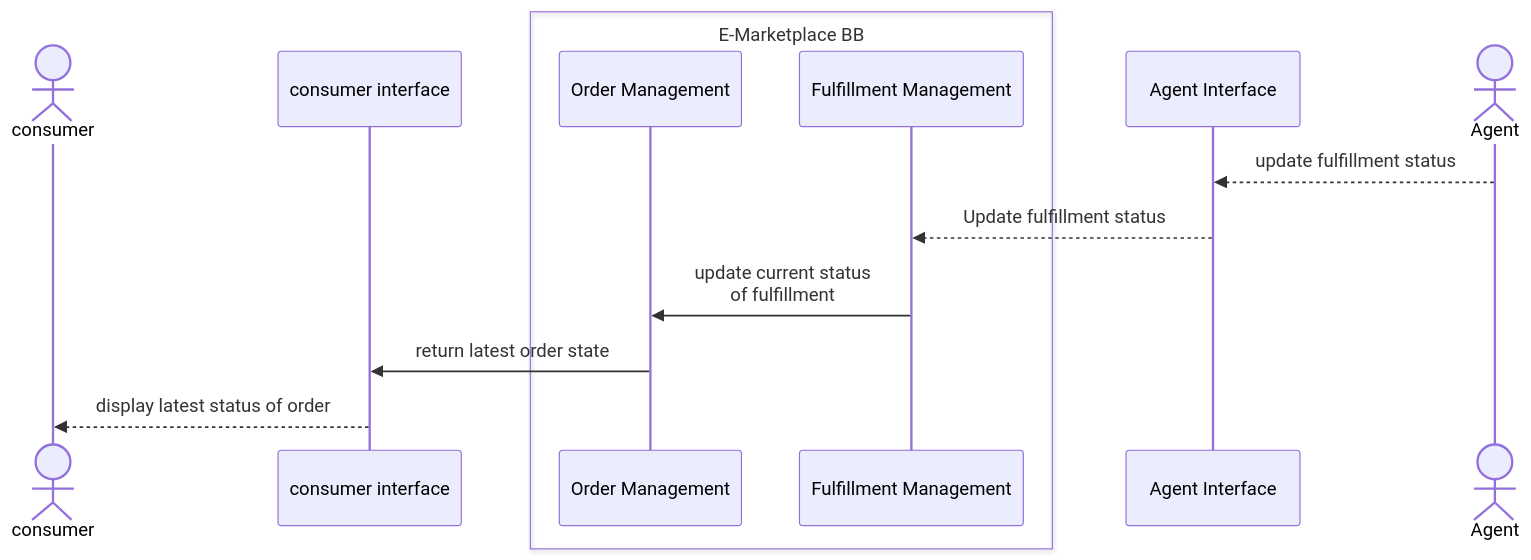
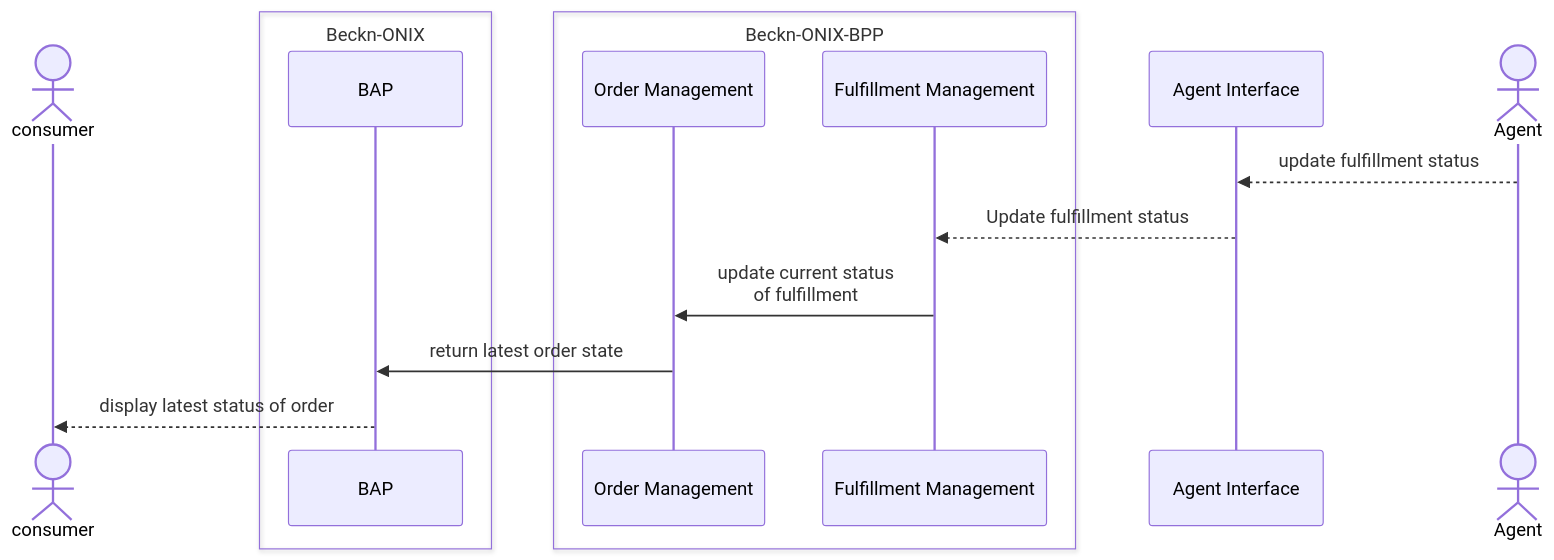
Before and after one commit to rajaneeshk90/gitbook-exp: the eighth of 17 diagrams in README.md, drawn with Mermaid. The commit also changed other lines of this file, not shown here.

Commit message:
GITBOOK-7: Updated sequence diagram for all APIs

````diff
--- a/README.md
+++ b/README.md
@@ -220,16 +242,18 @@
 ```mermaid
 sequenceDiagram
     Actor consumer
-    participant consumer interface
-    box E-Marketplace BB
+    box Beckn-ONIX
+    participant BAP
+    end
+    box Beckn-ONIX-BPP
     participant Order Management
     participant Fulfillment Management
     end
     participant Agent Interface
     Actor Agent
     Agent -->> Agent Interface: update fulfillment status
     Agent Interface-->>Fulfillment Management: Update fulfillment status
     Fulfillment Management->>Order Management: update current status <br/> of fulfillment
-    Order Management->>consumer interface: return latest order state
-    consumer interface-->>consumer: display latest status of order
+    Order Management->>BAP: return latest order state
+    BAP-->>consumer: display latest status of order
 ```
````
